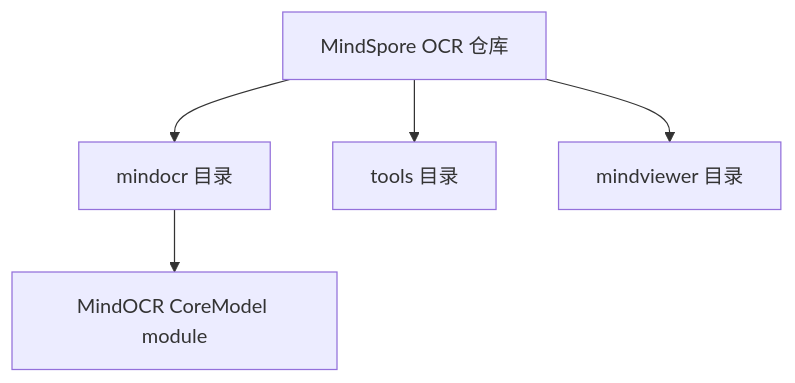
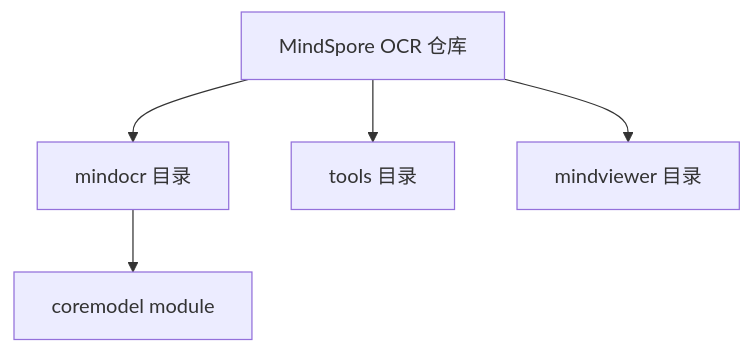
Before and after one commit to zhangjunlongtech/mindocr: the first of 5 diagrams in mindocr/core/CoreModel模块设计说明书.md, drawn with Mermaid. The commit also changed other lines of this file, not shown here.

````diff
--- a/mindocr/core/CoreModel模块设计说明书.md
+++ b/mindocr/core/CoreModel模块设计说明书.md
@@ -159,8 +164,8 @@
 ```mermaid
 graph TD
     A[MindSpore OCR 仓库]
-    B --> E[MindOCR CoreModel module]
+    B --> E[coremodel module]
     A --> C[tools 目录]
     A --> G[mindviewer 目录]
     A --> B[mindocr 目录]
 ```
````
